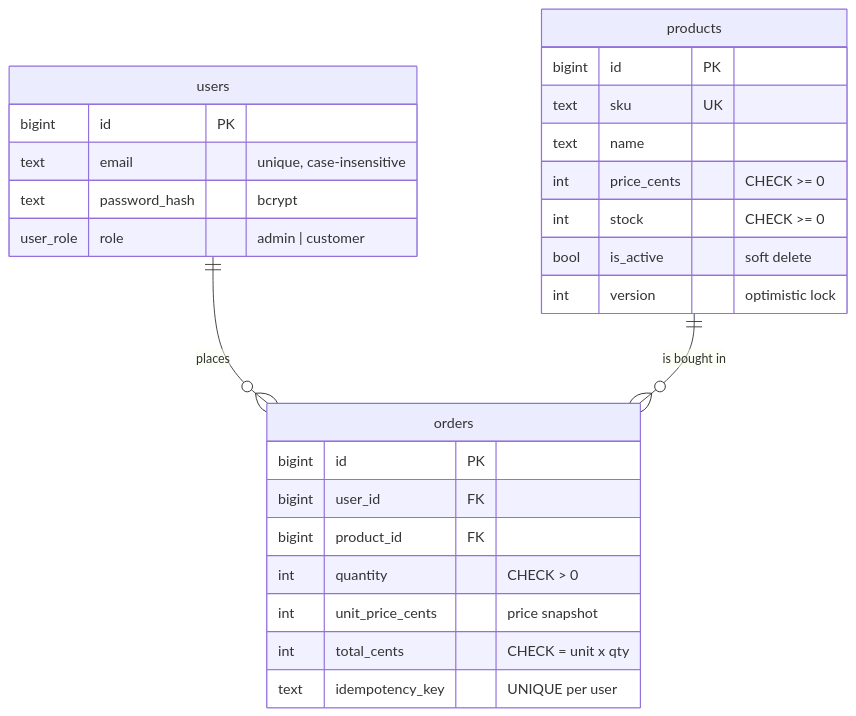
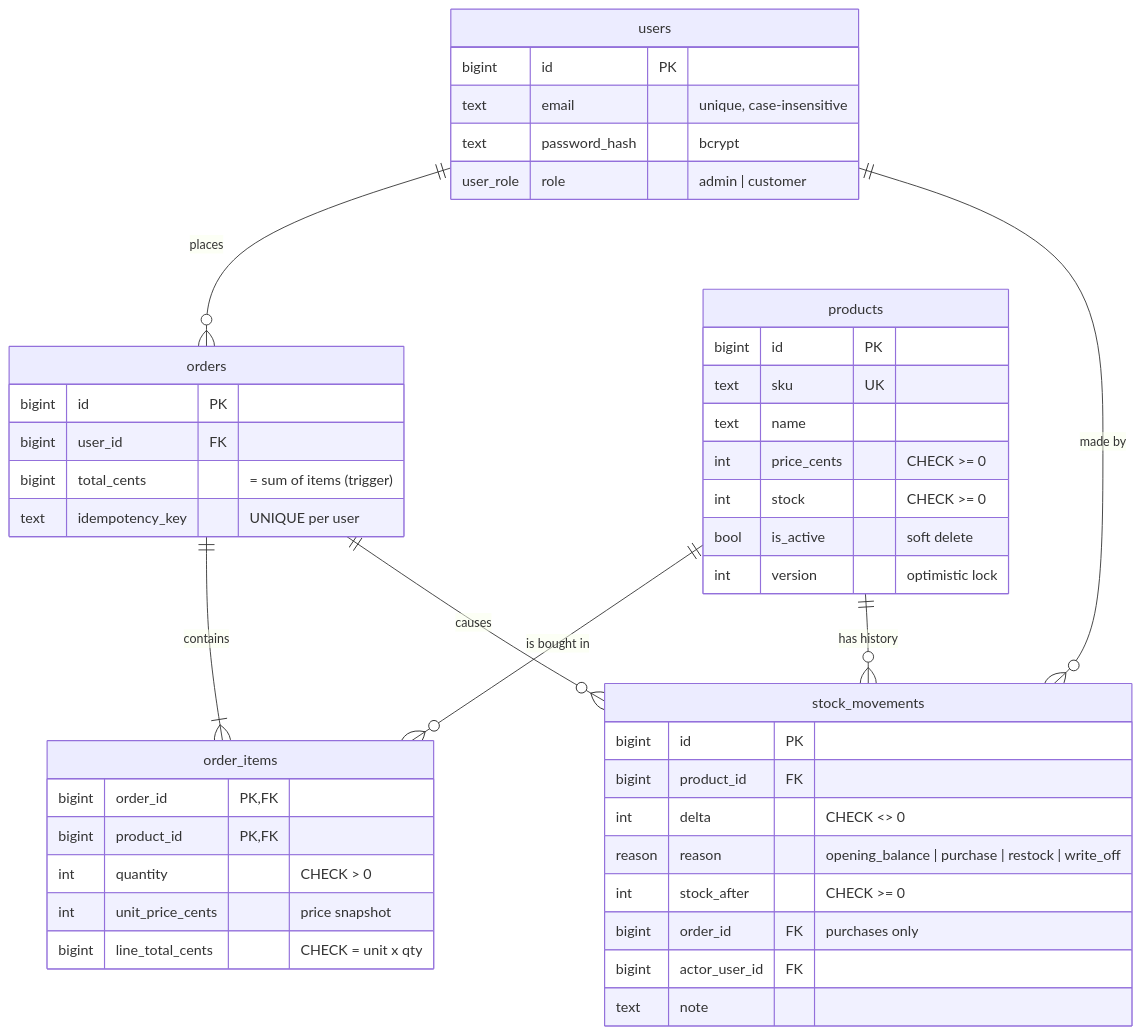
One commit to naturalDev0/test-fs-store-product changed the diagram in ARCHITECTURE.md. Above: the diagram before and after it, drawn with Mermaid. The commit also changed other lines of this file and 1 other file, not shown here.

````diff
--- a/ARCHITECTURE.md
+++ b/ARCHITECTURE.md
@@ -19,29 +20,47 @@
 ```mermaid
 erDiagram
   users ||--o{ orders : places
-  products ||--o{ orders : "is bought in"
+  orders ||--|{ order_items : contains
+  products ||--o{ order_items : "is bought in"
+  products ||--o{ stock_movements : "has history"
+  orders ||--o{ stock_movements : causes
+  users ||--o{ stock_movements : "made by"
   users {
     bigint id PK
     text email "unique, case-insensitive"
     text password_hash "bcrypt"
     user_role role "admin | customer"
   }
   products {
     bigint id PK
     text sku UK
     text name
     int price_cents "CHECK >= 0"
     int stock "CHECK >= 0"
     bool is_active "soft delete"
     int version "optimistic lock"
   }
   orders {
     bigint id PK
     bigint user_id FK
-    bigint product_id FK
+    bigint total_cents "= sum of items (trigger)"
+    text idempotency_key "UNIQUE per user"
+  }
+  order_items {
+    bigint order_id PK, FK
+    bigint product_id PK, FK
     int quantity "CHECK > 0"
     int unit_price_cents "price snapshot"
-    int total_cents "CHECK = unit x qty"
-    text idempotency_key "UNIQUE per user"
+    bigint line_total_cents "CHECK = unit x qty"
+  }
+  stock_movements {
+    bigint id PK
+    bigint product_id FK
+    int delta "CHECK <> 0"
+    reason reason "opening_balance | purchase | restock | write_off"
+    int stock_after "CHECK >= 0"
+    bigint order_id FK "purchases only"
+    bigint actor_user_id FK
+    text note
   }
 ```
````
